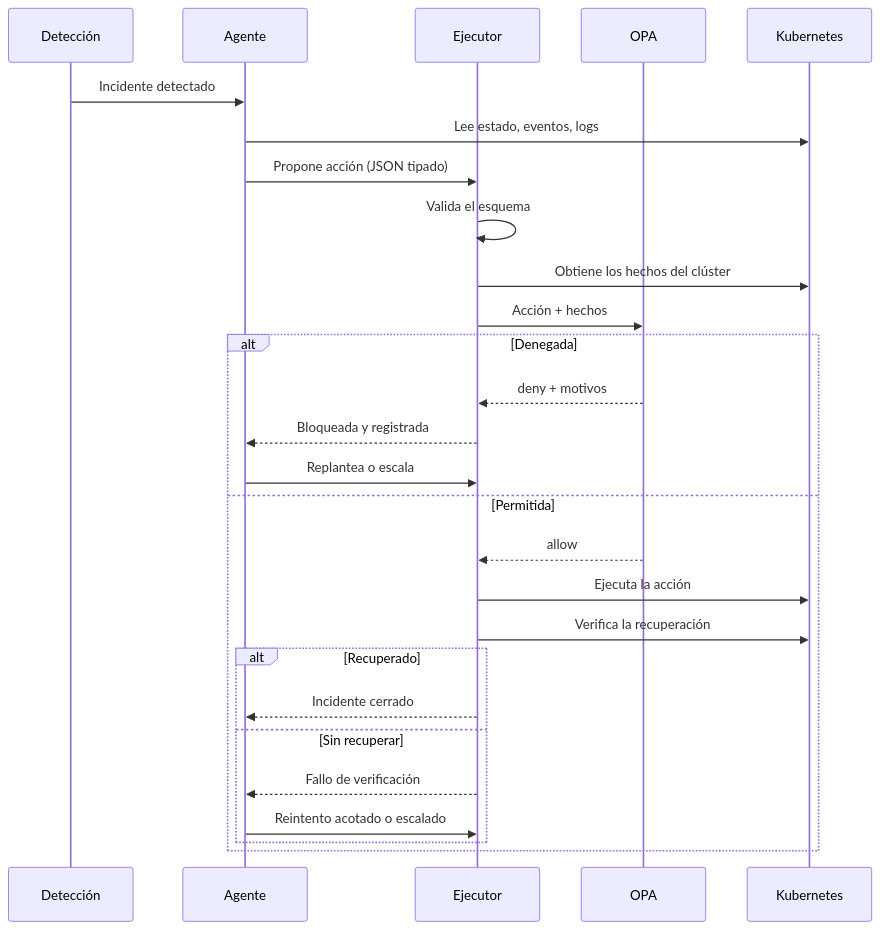
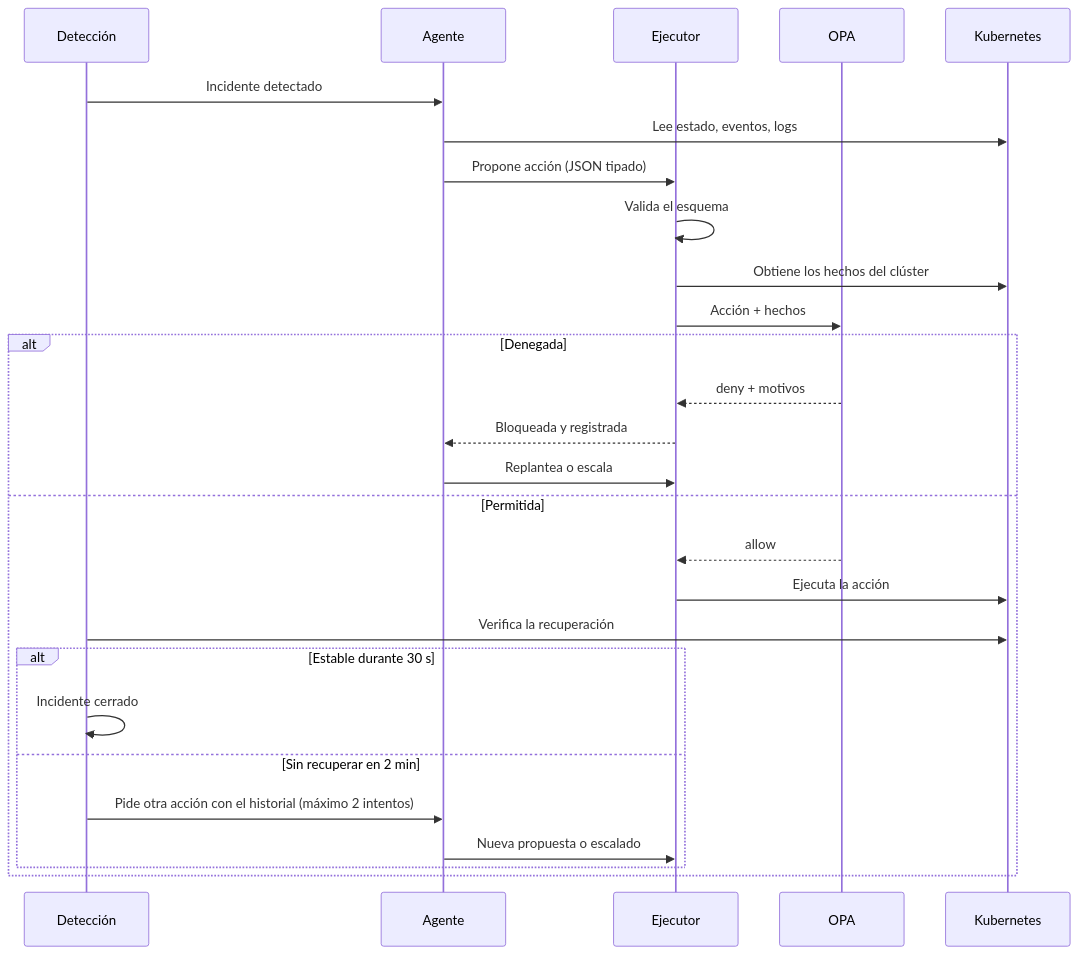
One commit to MarcosPerezCantero/autokub-aiops changed the second of 2 diagrams in docs/arquitectura.md. Above: the diagram before and after it, drawn with Mermaid. The commit also changed other lines of this file and 4 other files, not shown here.

Commit message:
Verifica la recuperación y acota los reintentos

````diff
--- a/docs/arquitectura.md
+++ b/docs/arquitectura.md
@@ -51,30 +51,30 @@
 ```mermaid
 sequenceDiagram
     participant D as Detección
     participant A as Agente
     participant E as Ejecutor
     participant O as OPA
     participant K as Kubernetes
 
     D->>A: Incidente detectado
     A->>K: Lee estado, eventos, logs
     A->>E: Propone acción (JSON tipado)
     E->>E: Valida el esquema
     E->>K: Obtiene los hechos del clúster
     E->>O: Acción + hechos
     alt Denegada
         O-->>E: deny + motivos
         E-->>A: Bloqueada y registrada
         A->>E: Replantea o escala
     else Permitida
         O-->>E: allow
         E->>K: Ejecuta la acción
-        E->>K: Verifica la recuperación
-        alt Recuperado
-            E-->>A: Incidente cerrado
-        else Sin recuperar
-            E-->>A: Fallo de verificación
-            A->>E: Reintento acotado o escalado
+        D->>K: Verifica la recuperación
+        alt Estable durante 30 s
+            D->>D: Incidente cerrado
+        else Sin recuperar en 2 min
+            D->>A: Pide otra acción con el historial (máximo 2 intentos)
+            A->>E: Nueva propuesta o escalado
         end
     end
 ```
````
